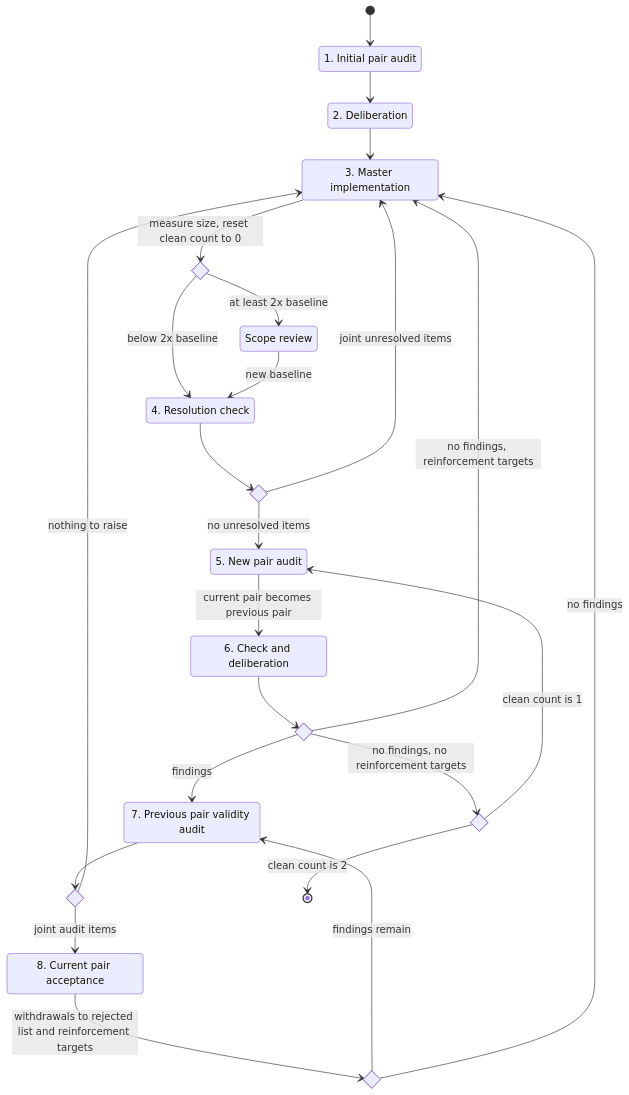
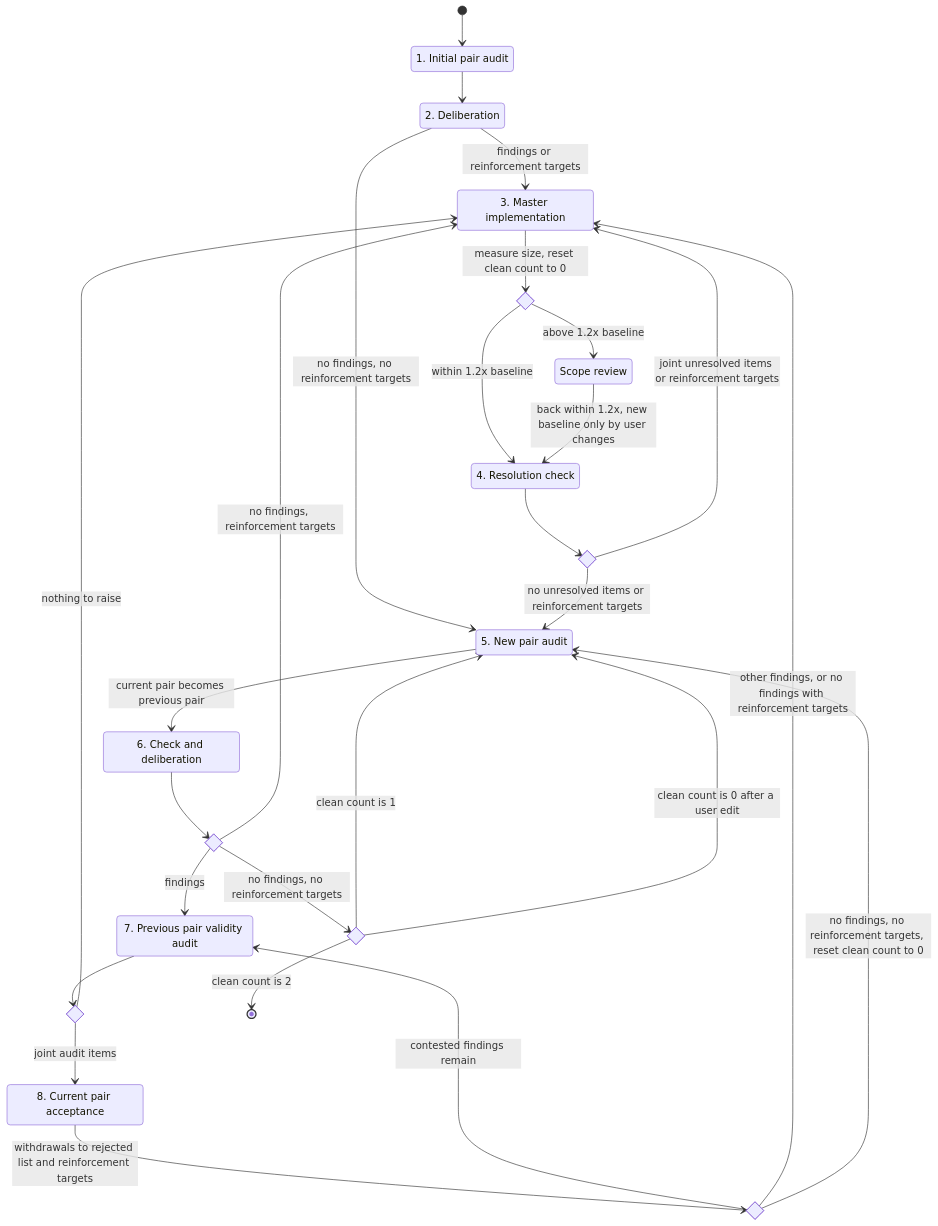
Before and after one commit to u1f992/dotfiles: the diagram in .agents/skills/self-improvement-loop-local/SKILL.md, drawn with Mermaid. The commit also changed other lines of this file, not shown here.

````diff
--- a/.agents/skills/self-improvement-loop-local/SKILL.md
+++ b/.agents/skills/self-improvement-loop-local/SKILL.md
@@ -74,42 +74,45 @@
 ```mermaid
 stateDiagram-v2
     state "1. Initial pair audit" as S1
     state "2. Deliberation" as S2
     state "3. Master implementation" as S3
     state "4. Resolution check" as S4
     state "5. New pair audit" as S5
     state "6. Check and deliberation" as S6
     state "7. Previous pair validity audit" as S7
     state "8. Current pair acceptance" as S8
     state measure <<choice>>
     state resolved <<choice>>
     state judged <<choice>>
     state streak <<choice>>
     state validity <<choice>>
     state resubmitted <<choice>>
     state "Scope review" as Review
 
     [*] --> S1
     S1 --> S2
-    S2 --> S3
+    S2 --> S3 : findings or reinforcement targets
+    S2 --> S5 : no findings, no reinforcement targets
     S3 --> measure : measure size, reset clean count to 0
-    measure --> Review : at least 2x baseline
-    measure --> S4 : below 2x baseline
-    Review --> S4 : new baseline
+    measure --> Review : above 1.2x baseline
+    measure --> S4 : within 1.2x baseline
+    Review --> S4 : back within 1.2x, new baseline only by user changes
     S4 --> resolved
-    resolved --> S5 : no unresolved items
-    resolved --> S3 : joint unresolved items
+    resolved --> S5 : no unresolved items or reinforcement targets
+    resolved --> S3 : joint unresolved items or reinforcement targets
     S5 --> S6 : current pair becomes previous pair
     S6 --> judged
     judged --> S7 : findings
     judged --> S3 : no findings, reinforcement targets
     judged --> streak : no findings, no reinforcement targets
     streak --> S5 : clean count is 1
+    streak --> S5 : clean count is 0 after a user edit
     streak --> [*] : clean count is 2
     S7 --> validity
     validity --> S3 : nothing to raise
     validity --> S8 : joint audit items
     S8 --> resubmitted : withdrawals to rejected list and reinforcement targets
-    resubmitted --> S7 : findings remain
-    resubmitted --> S3 : no findings
+    resubmitted --> S7 : contested findings remain
+    resubmitted --> S3 : other findings, or no findings with reinforcement targets
+    resubmitted --> S5 : no findings, no reinforcement targets, reset clean count to 0
 ```
````
